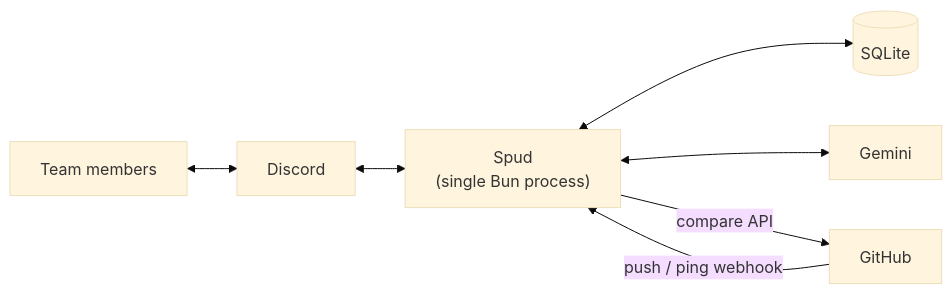
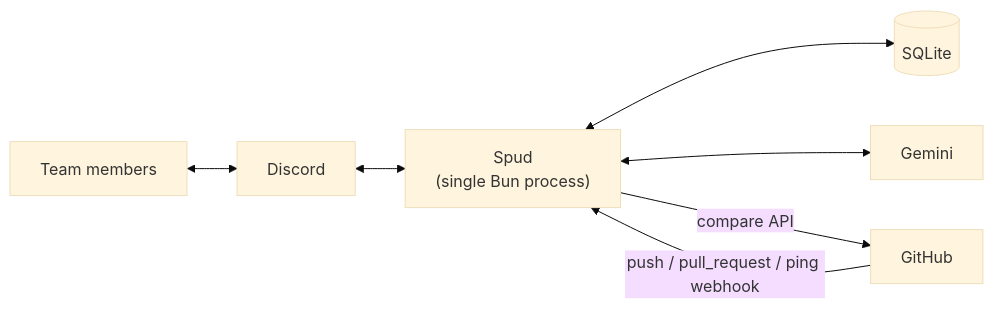
Before and after one commit to PratikDev/spud: the first of 2 diagrams in README.md, drawn with Mermaid (base theme). The commit also changed other lines of this file and 7 other files, not shown here.

````diff
--- a/README.md
+++ b/README.md
@@ -64,9 +70,9 @@
 ```mermaid
 flowchart LR
     Team["Team members"] <--> Discord["Discord"]
     Discord <--> Spud["Spud\n(single Bun process)"]
     Spud <--> DB[("SQLite")]
     Spud <--> Gemini["Gemini"]
-    GitHub["GitHub"] -->|push / ping webhook| Spud
+    GitHub["GitHub"] -->|push / pull_request / ping webhook| Spud
     Spud -->|compare API| GitHub
 ```
````
